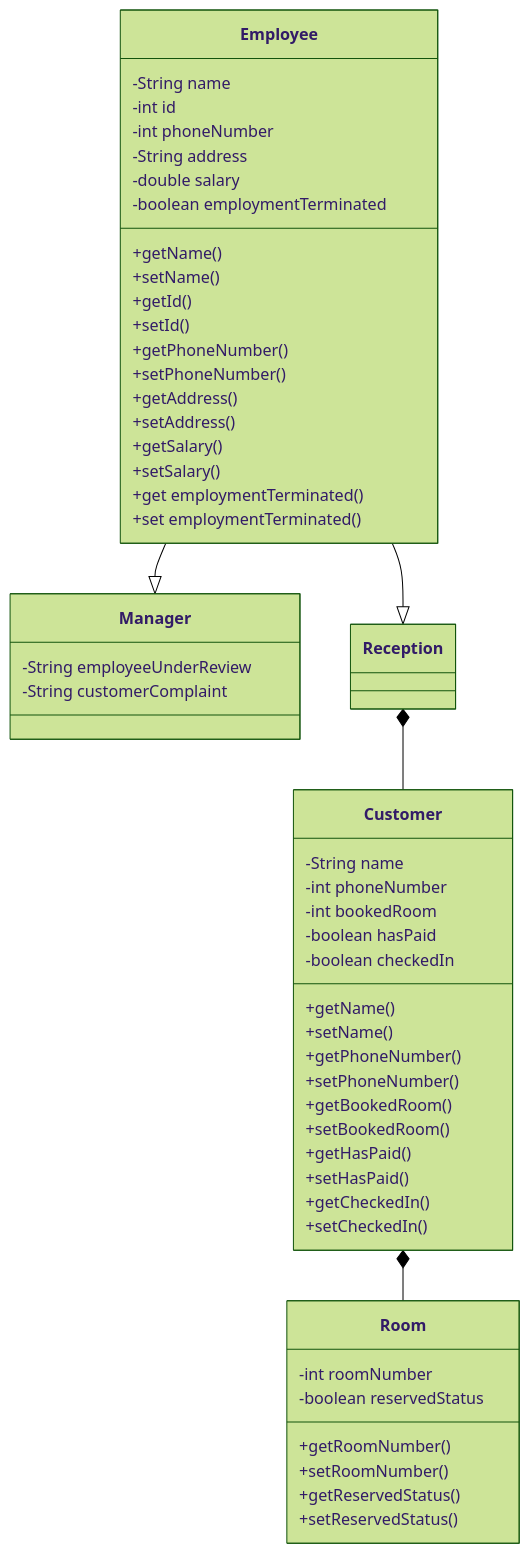
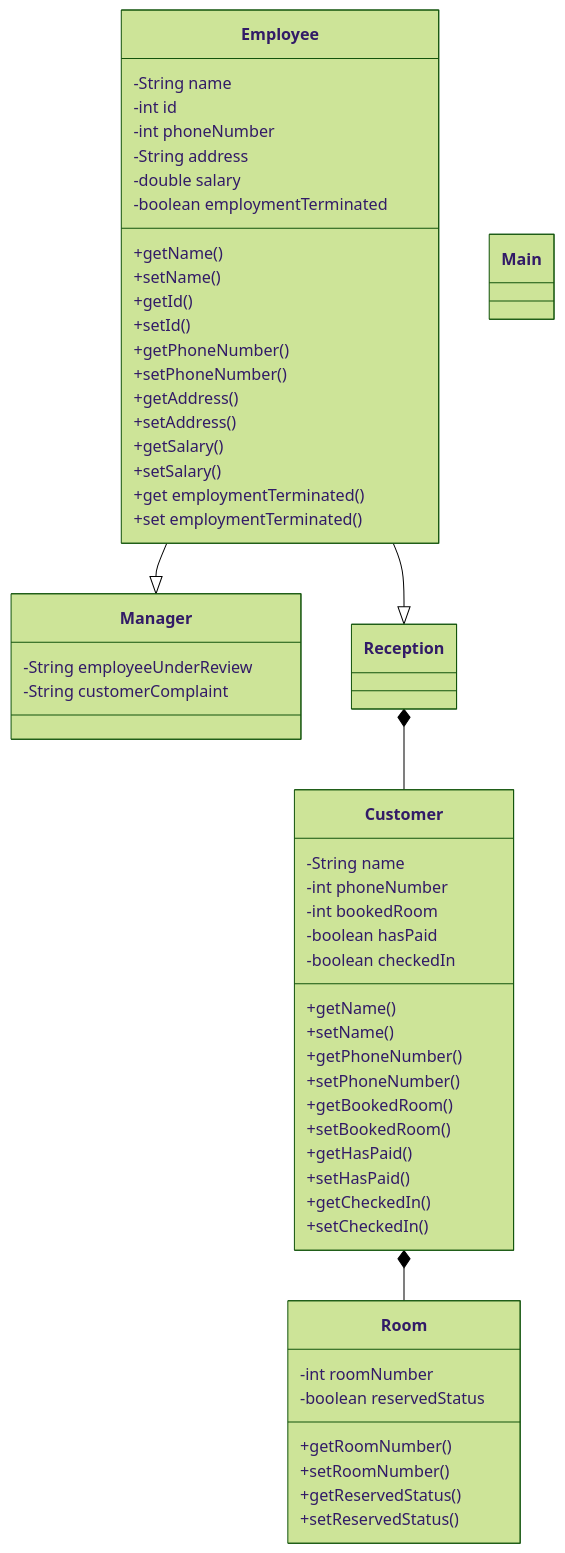
One commit to roxashrb/2425-cc3-1e-project-team-and-jerry changed the diagram in wiki/wiki.md. Above: the diagram before and after it, drawn with Mermaid (forest theme).

````diff
--- a/wiki/wiki.md
+++ b/wiki/wiki.md
@@ -1,64 +1,67 @@
 ```mermaid
 classDiagram
     Customer *-- Room
     class Customer {
         -String name
         -int phoneNumber
         -int bookedRoom
         -boolean hasPaid
         -boolean checkedIn
         +getName()
         +setName()
         +getPhoneNumber()
         +setPhoneNumber()
         +getBookedRoom()
         +setBookedRoom()
         +getHasPaid()
         +setHasPaid()
         +getCheckedIn()
         +setCheckedIn()
     }
 
     class Employee {
         -String name
         -int id
         -int phoneNumber
         -String address
         -double salary
         -boolean employmentTerminated
         +getName()
         +setName()
         +getId()
         +setId()
         +getPhoneNumber()
         +setPhoneNumber()
         +getAddress()
         +setAddress()
         +getSalary()
         +setSalary()
         +get employmentTerminated()
         +set employmentTerminated()
     }
 
+    class Main {
+    }
+
     Employee --|> Manager
     class Manager {
         -String employeeUnderReview
         -String customerComplaint
     }
 
 
     Employee --|> Reception
     Reception *-- Customer
     class Reception {
         
     }
 
     class Room {
       -int roomNumber
       -boolean reservedStatus
       +getRoomNumber()
       +setRoomNumber()
       +getReservedStatus()
       +setReservedStatus()
     }
 ```
````
